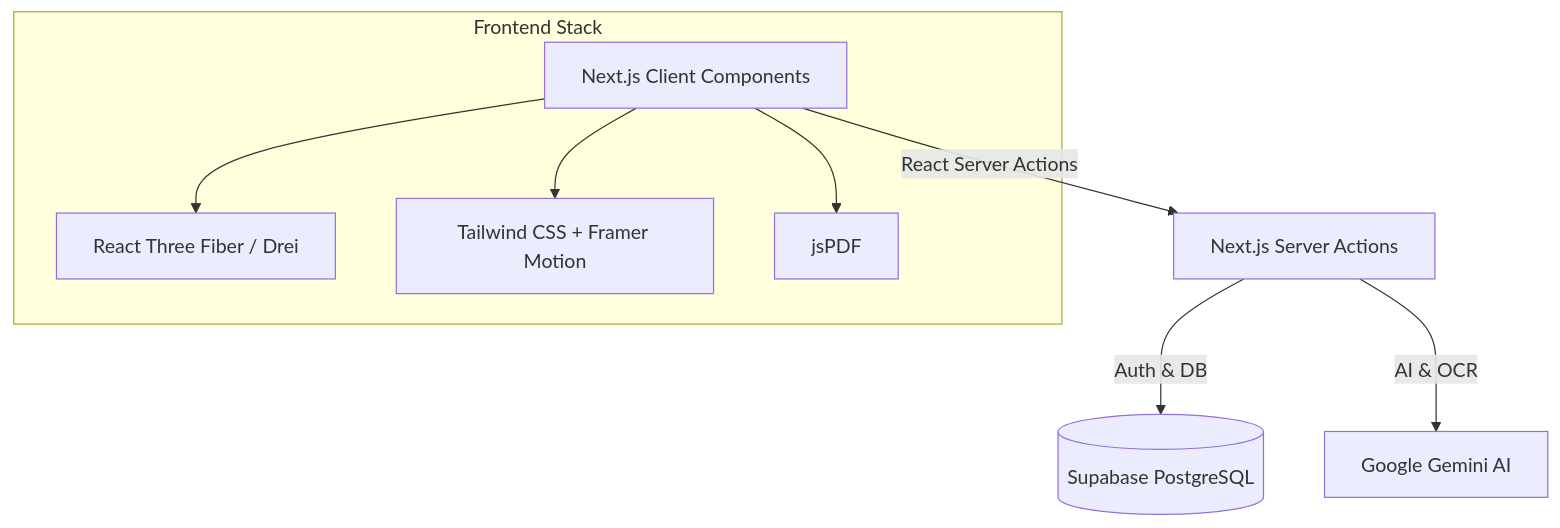
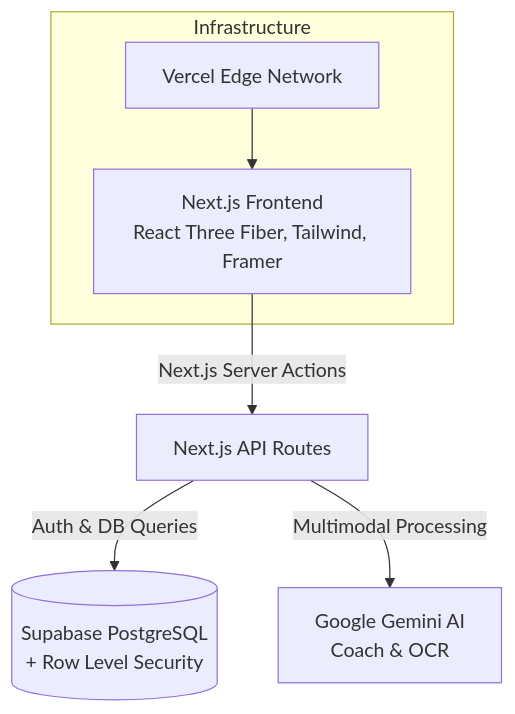
Before and after one commit to Yashraj2050/Trace: the first of 3 diagrams in carbonwise/README.md, drawn with Mermaid. The commit also changed other lines of this file, not shown here.

````diff
--- a/carbonwise/README.md
+++ b/carbonwise/README.md
@@ -33,12 +73,11 @@
 ```mermaid
 graph TD
-    Client[Next.js Client Components] -->|React Server Actions| API[Next.js Server Actions]
-    API -->|Auth & DB| Supabase[(Supabase PostgreSQL)]
-    API -->|AI & OCR| Gemini[Google Gemini AI]
+    Client[Next.js Frontend\nReact Three Fiber, Tailwind, Framer] -->|Next.js Server Actions| Server[Next.js API Routes]
     
-    subgraph Frontend Stack
-    Client --> R3F[React Three Fiber / Drei]
-    Client --> TW[Tailwind CSS + Framer Motion]
-    Client --> JS[jsPDF]
+    Server -->|Auth & DB Queries| Supabase[(Supabase PostgreSQL\n+ Row Level Security)]
+    Server -->|Multimodal Processing| Gemini[Google Gemini AI\nCoach & OCR]
+    
+    subgraph Infrastructure
+    Vercel[Vercel Edge Network] --> Client
     end
 ```
````
